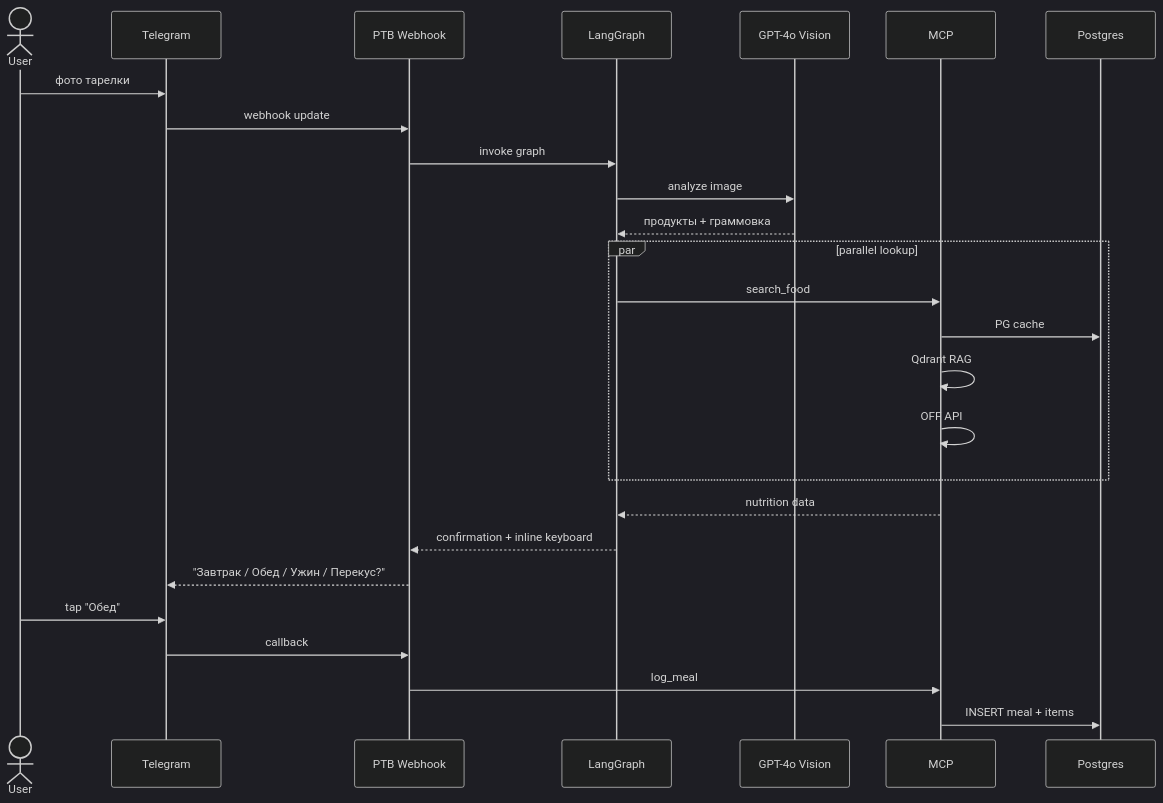
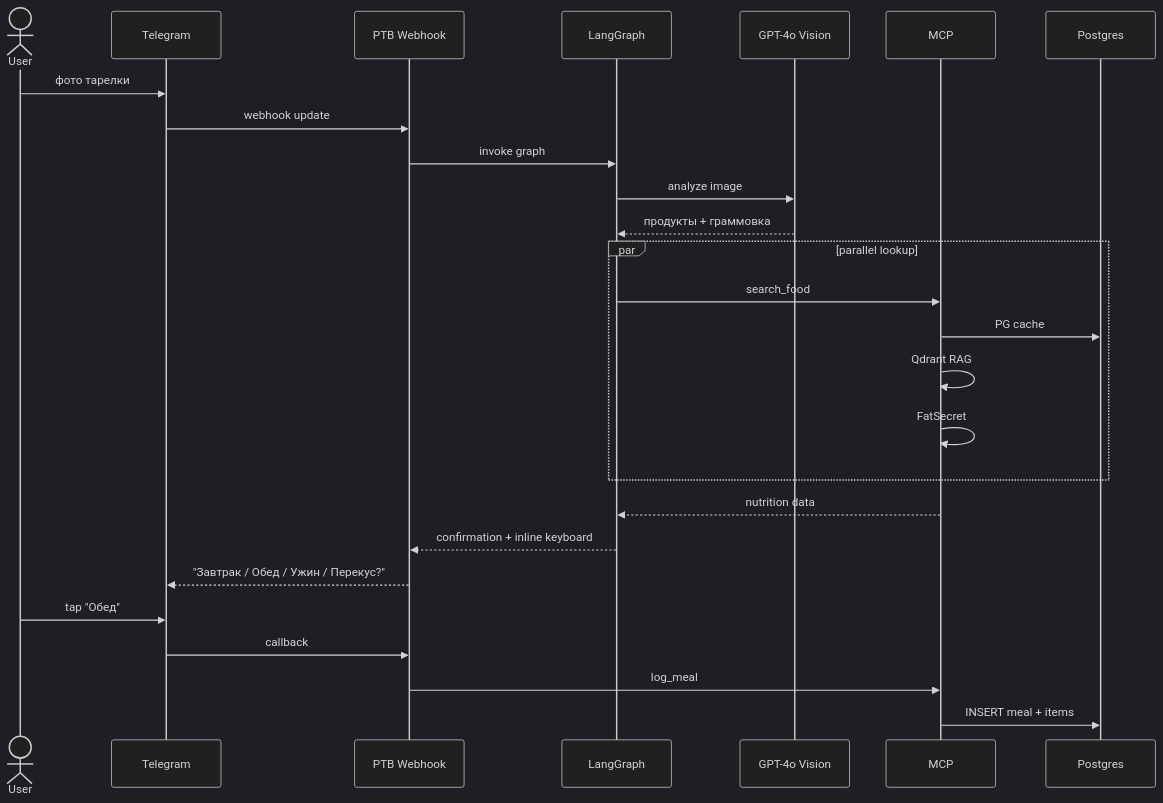
The second of 2 diagrams in README.md (5kif4a/nutrisnap), drawn with Mermaid (dark theme) before and after one commit. The commit also changed other lines of this file and 9 other files, not shown here.

````diff
--- a/README.md
+++ b/README.md
@@ -135,29 +132,29 @@
 ```mermaid
 sequenceDiagram
     actor U as User
     participant T as Telegram
     participant B as PTB Webhook
     participant G as LangGraph
     participant V as GPT-4o Vision
     participant M as MCP
     participant D as Postgres
 
     U->>T: фото тарелки
     T->>B: webhook update
     B->>G: invoke graph
     G->>V: analyze image
     V-->>G: продукты + граммовка
     par parallel lookup
         G->>M: search_food
         M->>D: PG cache
         M->>M: Qdrant RAG
-        M->>M: OFF API
+        M->>M: FatSecret
     end
     M-->>G: nutrition data
     G-->>B: confirmation + inline keyboard
     B-->>T: "Завтрак / Обед / Ужин / Перекус?"
     U->>T: tap "Обед"
     T->>B: callback
     B->>M: log_meal
     M->>D: INSERT meal + items
 ```
````
